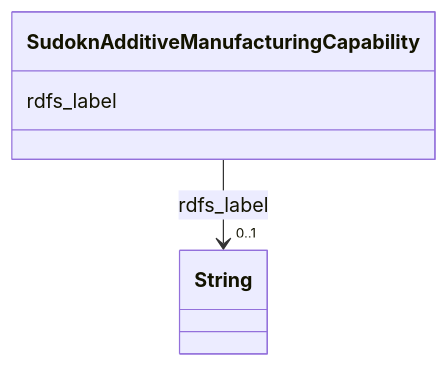
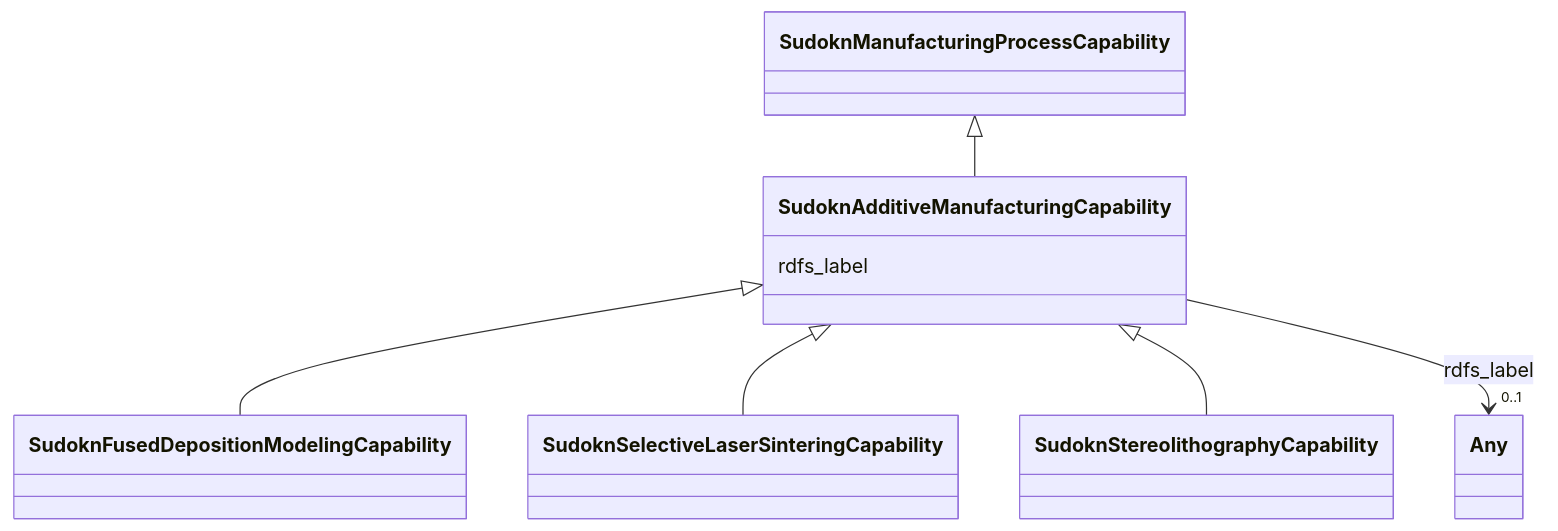
Before and after one commit to frink-okn/graph-descriptions: the diagram in sudokn-kg/classes/SudoknAdditiveManufacturingCapability.md, drawn with Mermaid. The commit also changed other lines of this file and 903 other files, not shown here.

````diff
--- a/sudokn-kg/classes/SudoknAdditiveManufacturingCapability.md
+++ b/sudokn-kg/classes/SudoknAdditiveManufacturingCapability.md
@@ -23,15 +18,27 @@
 ```mermaid
  classDiagram
     class SudoknAdditiveManufacturingCapability
     click SudoknAdditiveManufacturingCapability href "../SudoknAdditiveManufacturingCapability"
+      SudoknManufacturingProcessCapability <|-- SudoknAdditiveManufacturingCapability
+        click SudoknManufacturingProcessCapability href "../SudoknManufacturingProcessCapability"
+      
+
+      SudoknAdditiveManufacturingCapability <|-- SudoknFusedDepositionModelingCapability
+        click SudoknFusedDepositionModelingCapability href "../SudoknFusedDepositionModelingCapability"
+      SudoknAdditiveManufacturingCapability <|-- SudoknSelectiveLaserSinteringCapability
+        click SudoknSelectiveLaserSinteringCapability href "../SudoknSelectiveLaserSinteringCapability"
+      SudoknAdditiveManufacturingCapability <|-- SudoknStereolithographyCapability
+        click SudoknStereolithographyCapability href "../SudoknStereolithographyCapability"
+      
+      
       SudoknAdditiveManufacturingCapability : rdfs_label
         
           
     
     
-    SudoknAdditiveManufacturingCapability --> "0..1" String : rdfs_label
-    click String href "../String"
+    SudoknAdditiveManufacturingCapability --> "0..1" Any : rdfs_label
+    click Any href "../Any"
 
         
       
 ```
````
